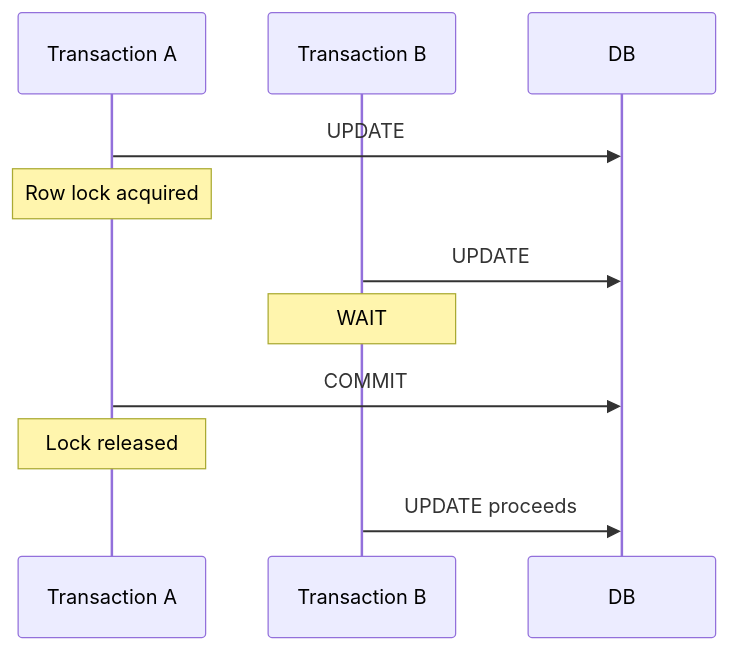
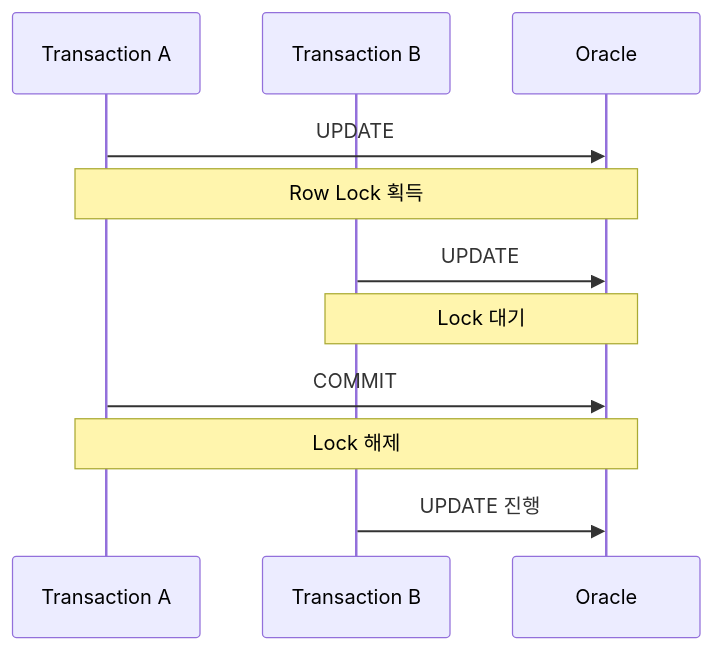
One commit to jw3418/jw3418.github.io changed the first of 3 diagrams in _posts/2026-08-12-optimistic-pessimistic-lock.md. Above: the diagram before and after it, drawn with Mermaid. The commit also changed other lines of this file, not shown here.

````diff
--- a/_posts/2026-08-12-optimistic-pessimistic-lock.md
+++ b/_posts/2026-08-12-optimistic-pessimistic-lock.md
@@ -14,12 +17,17 @@
 ```mermaid
 sequenceDiagram
   participant A as Transaction A
   participant B as Transaction B
+  participant DB as Oracle
+
   A->>DB: UPDATE
-  Note over A: Row lock acquired
+  Note over A,DB: Row Lock 획득
+
   B->>DB: UPDATE
-  Note over B: WAIT
+  Note over B,DB: Lock 대기
+
   A->>DB: COMMIT
-  Note over A: Lock released
-  B->>DB: UPDATE proceeds
+  Note over A,DB: Lock 해제
+
+  B->>DB: UPDATE 진행
 ```
````
